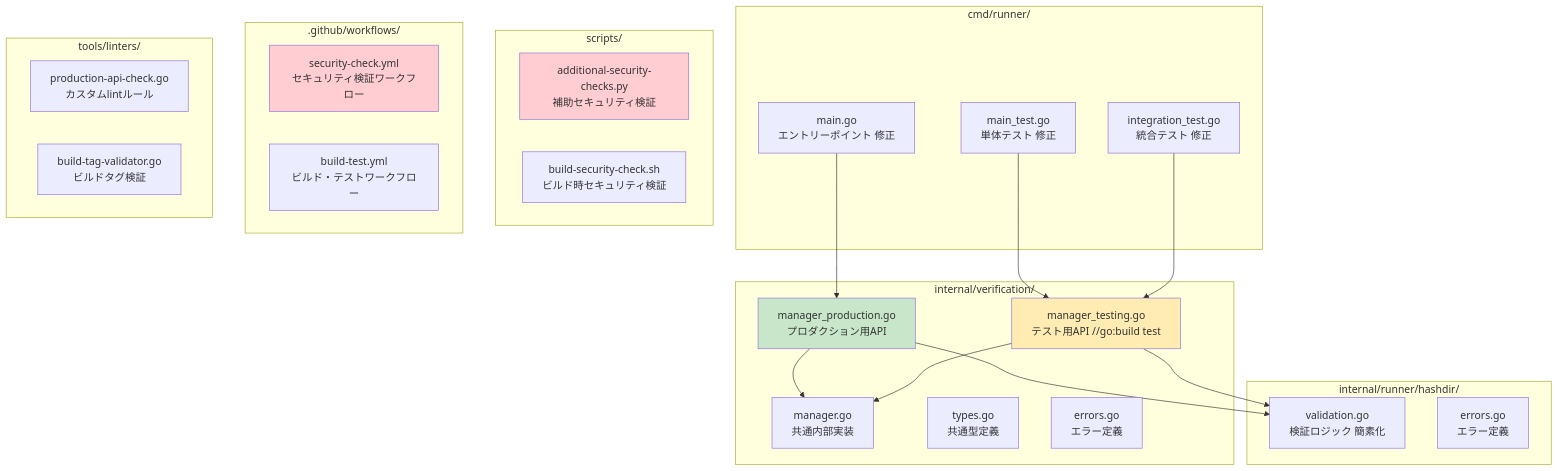
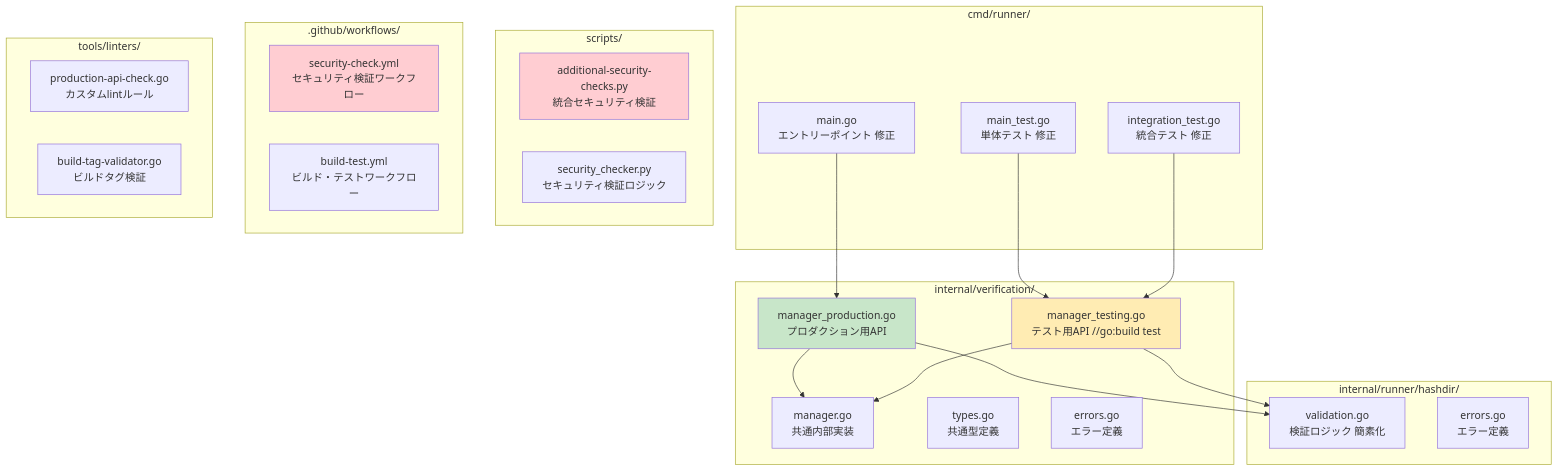
One commit to isseis/go-safe-cmd-runner changed the diagram in docs/tasks/0022_hash_directory_security_enhancement/03_specification.md. Above: the diagram before and after it, drawn with Mermaid. The commit also changed other lines of this file and 4 other files, not shown here.

````diff
--- a/docs/tasks/0022_hash_directory_security_enhancement/03_specification.md
+++ b/docs/tasks/0022_hash_directory_security_enhancement/03_specification.md
@@ -9,49 +9,49 @@
 ```mermaid
 graph TD
     subgraph "internal/verification/"
         A[manager.go<br/>共通内部実装]
         B[manager_production.go<br/>プロダクション用API]
         C[manager_testing.go<br/>テスト用API //go:build test]
         D[types.go<br/>共通型定義]
         E[errors.go<br/>エラー定義]
     end
 
     subgraph "cmd/runner/"
         F[main.go<br/>エントリーポイント 修正]
         G[main_test.go<br/>単体テスト 修正]
         H[integration_test.go<br/>統合テスト 修正]
     end
 
     subgraph "internal/runner/hashdir/"
         I[validation.go<br/>検証ロジック 簡素化]
         J[errors.go<br/>エラー定義]
     end
 
     subgraph "scripts/"
-        K[additional-security-checks.py<br/>補助セキュリティ検証]
-        L[build-security-check.sh<br/>ビルド時セキュリティ検証]
+        K[additional-security-checks.py<br/>統合セキュリティ検証]
+        L[security_checker.py<br/>セキュリティ検証ロジック]
     end
 
     subgraph ".github/workflows/"
         M[security-check.yml<br/>セキュリティ検証ワークフロー]
         N[build-test.yml<br/>ビルド・テストワークフロー]
     end
 
     subgraph "tools/linters/"
         O[production-api-check.go<br/>カスタムlintルール]
         P[build-tag-validator.go<br/>ビルドタグ検証]
     end
 
     B --> A
     C --> A
     F --> B
     G --> C
     H --> C
     B --> I
     C --> I
 
     style B fill:#c8e6c9
     style C fill:#ffecb3
     style K fill:#ffcdd2
     style M fill:#ffcdd2
 ```
````
